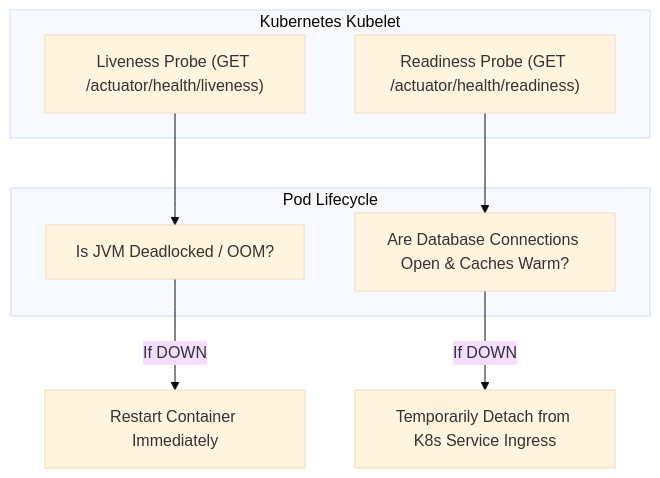
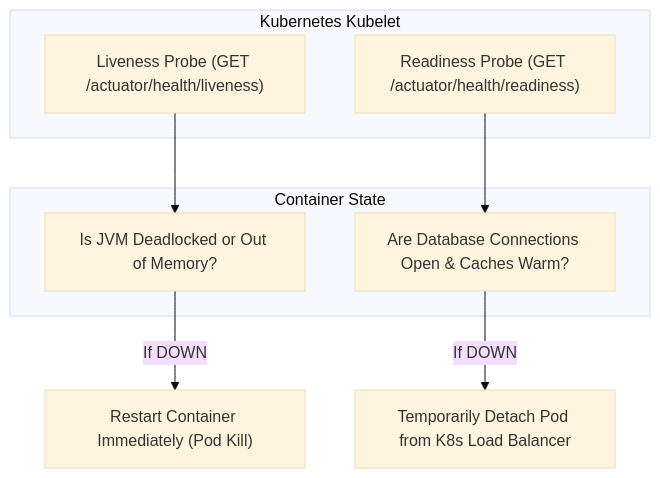
The diagram in content/part3-spring/104-production-observability-spring-boot-actuator-micrometer-prometheus.md (MKFarag/SOA-Java-Handbook), drawn with Mermaid (base theme) before and after one commit. The commit also changed other lines of this file and 186 other files, not shown here.

````diff
--- a/content/part3-spring/104-production-observability-spring-boot-actuator-micrometer-prometheus.md
+++ b/content/part3-spring/104-production-observability-spring-boot-actuator-micrometer-prometheus.md
@@ -51,17 +75,17 @@
 ```mermaid
 flowchart TD
     subgraph Kubernetes Kubelet
         K1["Liveness Probe (GET /actuator/health/liveness)"]
         K2["Readiness Probe (GET /actuator/health/readiness)"]
     end
 
-    subgraph Pod Lifecycle
-        P1["Is JVM Deadlocked / OOM?"]
+    subgraph Container State
+        P1["Is JVM Deadlocked or Out of Memory?"]
         P2["Are Database Connections Open & Caches Warm?"]
     end
 
     K1 --> P1
-    P1 -->|"If DOWN"| R1["Restart Container Immediately"]
+    P1 -->|"If DOWN"| R1["Restart Container Immediately (Pod Kill)"]
     K2 --> P2
-    P2 -->|"If DOWN"| R2["Temporarily Detach from K8s Service Ingress"]
+    P2 -->|"If DOWN"| R2["Temporarily Detach Pod from K8s Load Balancer"]
 ```
````
